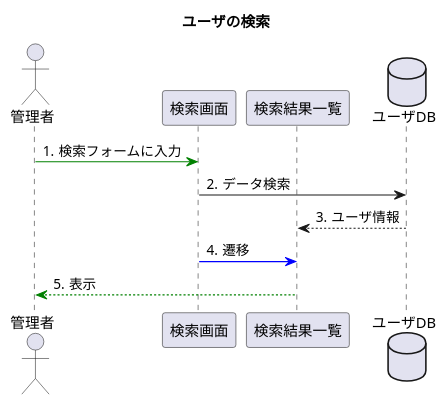
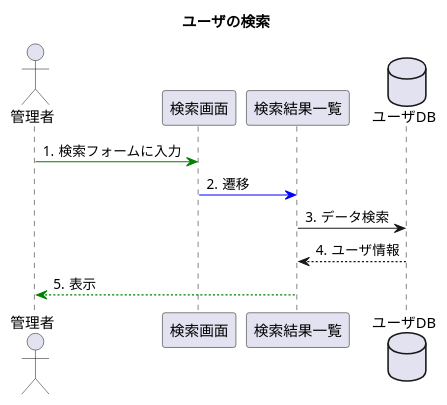
One commit to toufu66/ProjectC changed the diagram in uml/seq_find.pu. Above: the diagram before and after it, drawn with PlantUML.

Commit message:
シーケンス図 ユーザ検索

```diff
--- a/uml/seq_find.pu
+++ b/uml/seq_find.pu
@@ -1,18 +1,18 @@
 @startuml
 title ユーザの検索
 
 autonumber "#."
 
 actor 管理者
 participant 検索画面
 participant 検索結果一覧
 database ユーザDB
 
 
 管理者 -[#green]> 検索画面:検索フォームに入力
+検索画面 -[#blue]> 検索結果一覧:遷移
+検索結果一覧 -> ユーザDB:データ検索
+ユーザDB --> 検索結果一覧:ユーザ情報
 
-検索画面 -> ユーザDB:データ検索
-ユーザDB --> 検索結果一覧:ユーザ情報
-検索画面 -[#blue]> 検索結果一覧:遷移
 検索結果一覧 --[#green]> 管理者:表示
 @enduml
```
